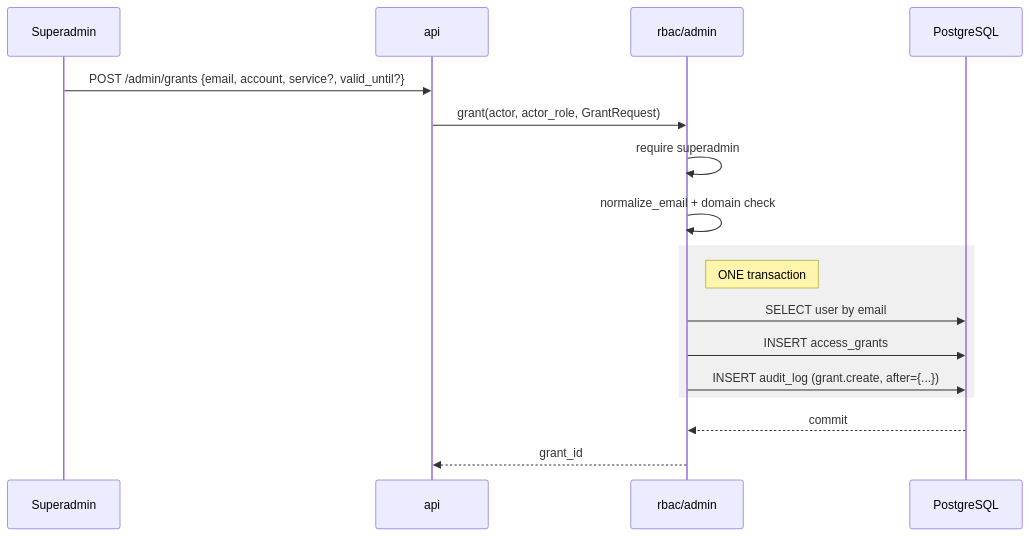
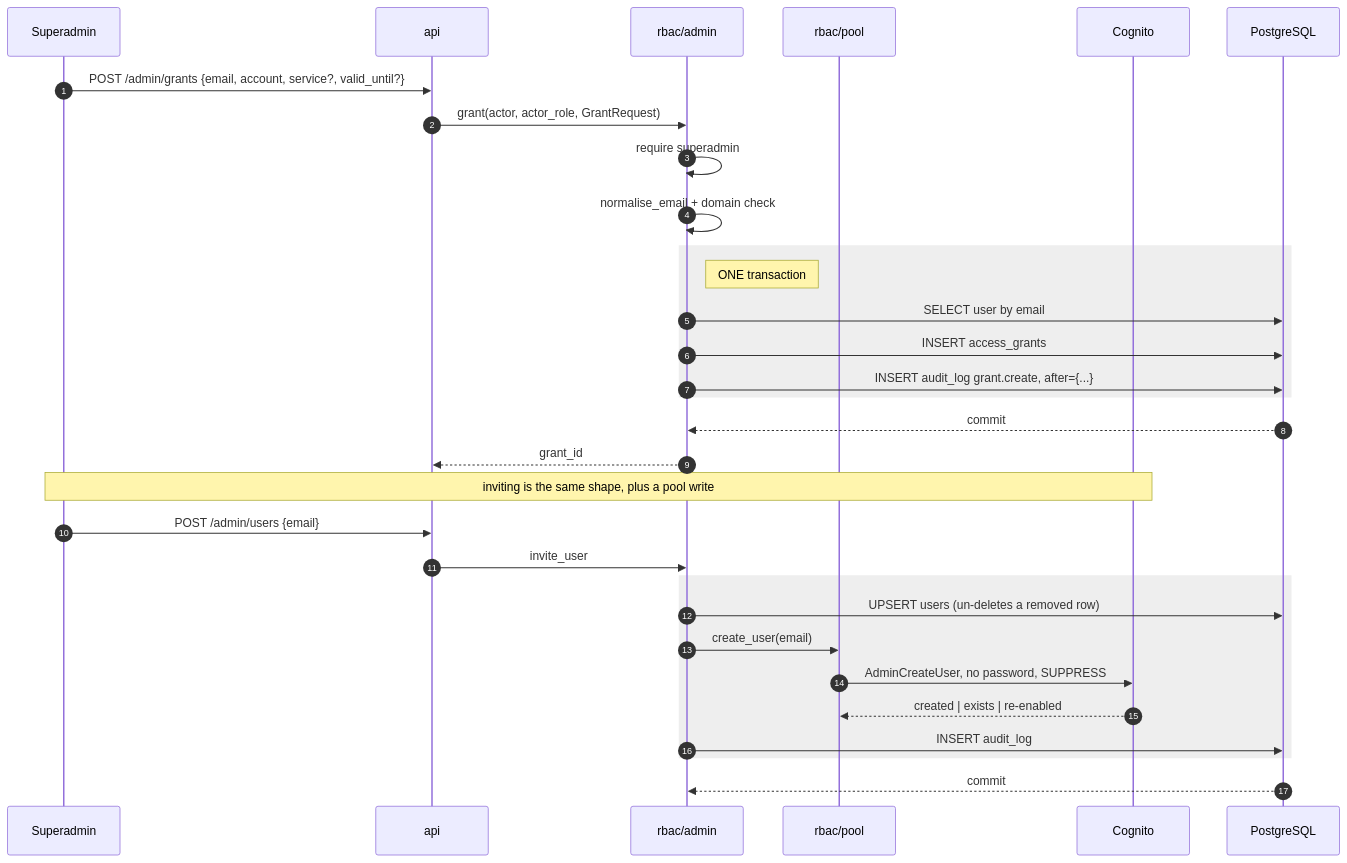
Before and after one commit to Hemanth0411/Cloud_Cost_Intelligence_Hub: the third of 5 diagrams in docs/04-data-flow.md, drawn with Mermaid. The commit also changed other lines of this file and 15 other files, not shown here.

````diff
--- a/docs/04-data-flow.md
+++ b/docs/04-data-flow.md
@@ -105,20 +152,35 @@
 ```mermaid
 sequenceDiagram
+    autonumber
     participant SA as Superadmin
     participant API as api
     participant AD as rbac/admin
+    participant POOL as rbac/pool
+    participant COG as Cognito
     participant PG as PostgreSQL
 
     SA->>API: POST /admin/grants {email, account, service?, valid_until?}
     API->>AD: grant(actor, actor_role, GrantRequest)
     AD->>AD: require superadmin
-    AD->>AD: normalize_email + domain check
-    rect rgb(240,240,240)
+    AD->>AD: normalise_email + domain check
+    rect rgb(238,238,238)
     note right of AD: ONE transaction
     AD->>PG: SELECT user by email
     AD->>PG: INSERT access_grants
-    AD->>PG: INSERT audit_log (grant.create, after={...})
+    AD->>PG: INSERT audit_log grant.create, after={...}
     end
     PG-->>AD: commit
     AD-->>API: grant_id
+
+    note over SA,COG: inviting is the same shape, plus a pool write
+    SA->>API: POST /admin/users {email}
+    API->>AD: invite_user
+    rect rgb(238,238,238)
+    AD->>PG: UPSERT users (un-deletes a removed row)
+    AD->>POOL: create_user(email)
+    POOL->>COG: AdminCreateUser, no password, SUPPRESS
+    COG-->>POOL: created | exists | re-enabled
+    AD->>PG: INSERT audit_log
+    end
+    PG-->>AD: commit
 ```
````
